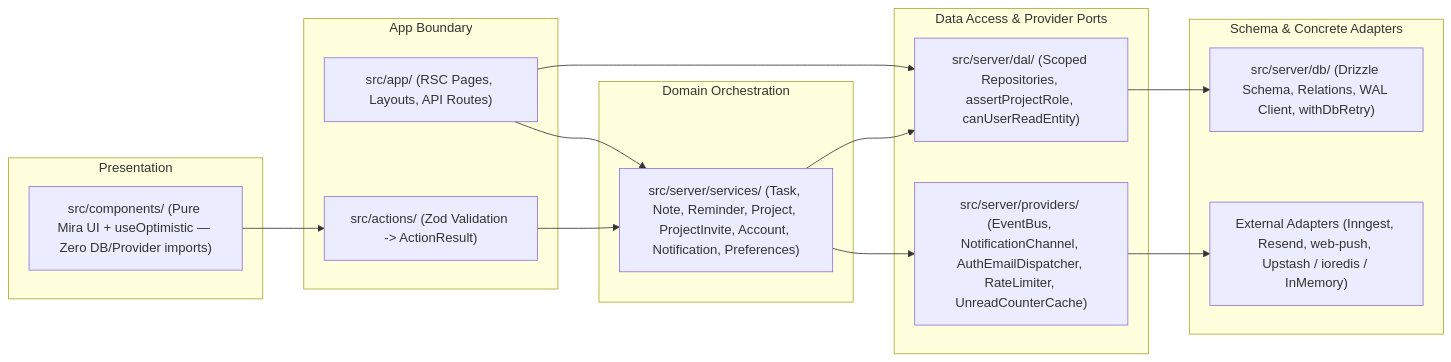
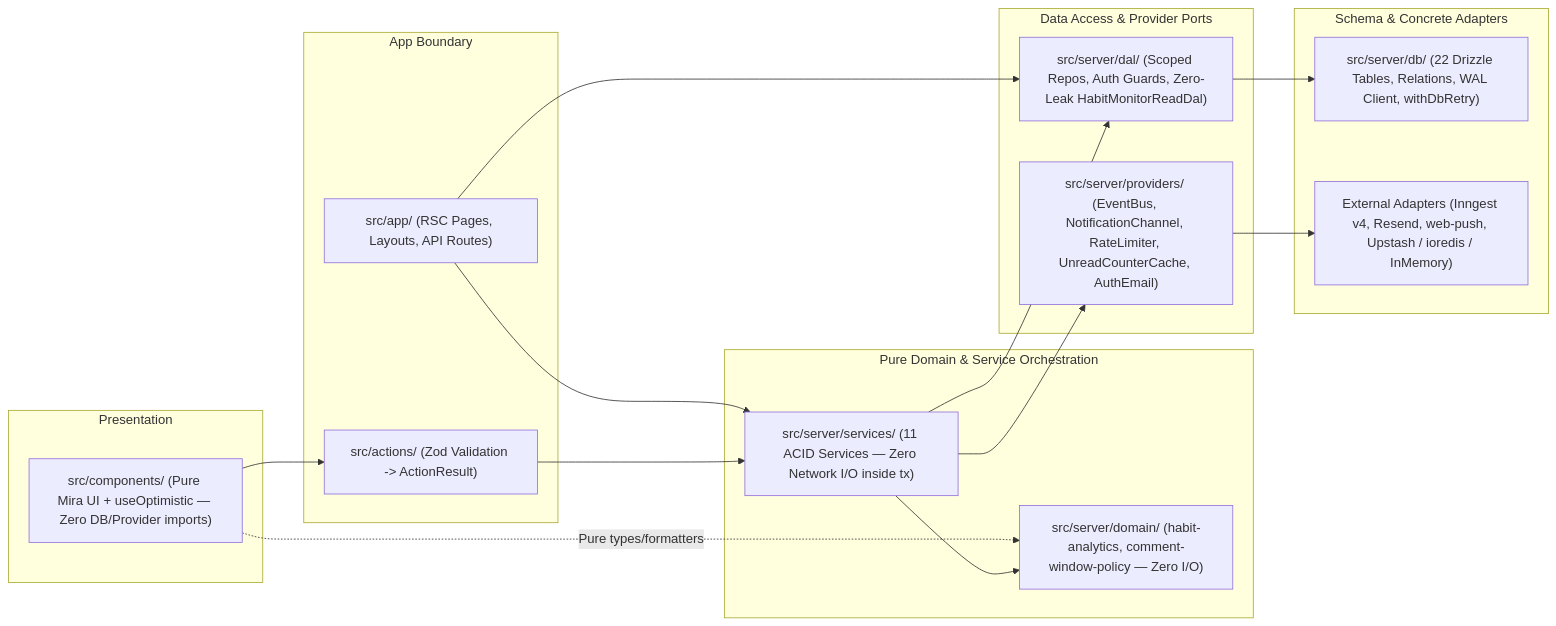
The second of 11 diagrams in docs/ARCHITECTURE.md (Marvin-MM/folio_tracker), drawn with Mermaid before and after one commit. The commit also changed other lines of this file and 1 other file, not shown here.

Commit message:
docs: unify system architecture and update README for Habits and Accountability Circle

````diff
--- a/docs/ARCHITECTURE.md
+++ b/docs/ARCHITECTURE.md
@@ -71,34 +74,37 @@
 ```mermaid
 flowchart LR
   subgraph Presentation["Presentation"]
     COMP["src/components/ (Pure Mira UI + useOptimistic — Zero DB/Provider imports)"]
   end
 
   subgraph Boundary["App Boundary"]
     APP["src/app/ (RSC Pages, Layouts, API Routes)"]
     ACTS["src/actions/ (Zod Validation -> ActionResult)"]
   end
 
-  subgraph Domain["Domain Orchestration"]
-    SVCS["src/server/services/ (Task, Note, Reminder, Project, ProjectInvite, Account, Notification, Preferences)"]
+  subgraph Domain["Pure Domain & Service Orchestration"]
+    PURE["src/server/domain/ (habit-analytics, comment-window-policy — Zero I/O)"]
+    SVCS["src/server/services/ (11 ACID Services — Zero Network I/O inside tx)"]
   end
 
   subgraph DataAndPorts["Data Access & Provider Ports"]
-    DALS["src/server/dal/ (Scoped Repositories, assertProjectRole, canUserReadEntity)"]
-    PORTS["src/server/providers/ (EventBus, NotificationChannel, AuthEmailDispatcher, RateLimiter, UnreadCounterCache)"]
+    DALS["src/server/dal/ (Scoped Repos, Auth Guards, Zero-Leak HabitMonitorReadDal)"]
+    PORTS["src/server/providers/ (EventBus, NotificationChannel, RateLimiter, UnreadCounterCache, AuthEmail)"]
   end
 
   subgraph Foundations["Schema & Concrete Adapters"]
-    SCHEMA["src/server/db/ (Drizzle Schema, Relations, WAL Client, withDbRetry)"]
-    ADAPT["External Adapters (Inngest, Resend, web-push, Upstash / ioredis / InMemory)"]
+    SCHEMA["src/server/db/ (22 Drizzle Tables, Relations, WAL Client, withDbRetry)"]
+    ADAPT["External Adapters (Inngest v4, Resend, web-push, Upstash / ioredis / InMemory)"]
   end
 
   COMP --> ACTS
+  COMP -.->|"Pure types/formatters"| PURE
   APP --> DALS
   APP --> SVCS
   ACTS --> SVCS
+  SVCS --> PURE
   SVCS --> DALS
   SVCS --> PORTS
   DALS --> SCHEMA
   PORTS --> ADAPT
 ```
````
